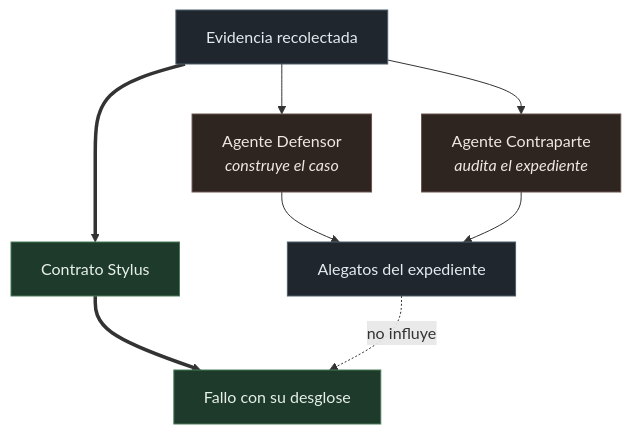
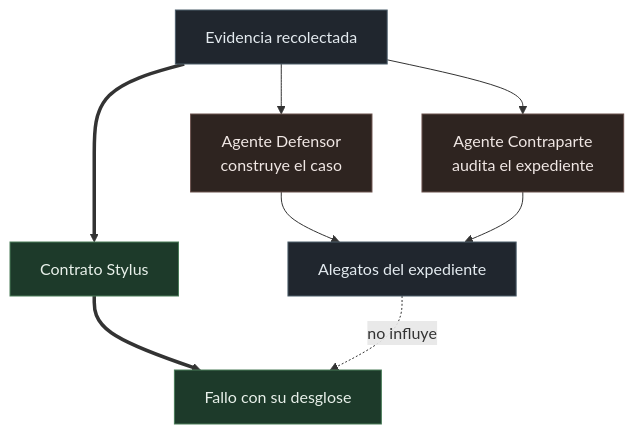
One commit to kasbsquall/remand changed the third of 5 diagrams in docs/ARCHITECTURE.md. Above: the diagram before and after it, drawn with Mermaid. The commit also changed other lines of this file, not shown here.

First line of the commit message:
fix(docs): saltos de linea en los diagramas

````diff
--- a/docs/ARCHITECTURE.md
+++ b/docs/ARCHITECTURE.md
@@ -137,21 +137,21 @@
 ```mermaid
 flowchart TB
     E["Evidencia recolectada"]
-    E --> DEF["Agente Defensor<br/><i>construye el caso</i>"]
-    E --> CON["Agente Contraparte<br/><i>audita el expediente</i>"]
+    E --> DEF["Agente Defensor<br>construye el caso"]
+    E --> CON["Agente Contraparte<br>audita el expediente"]
 
     DEF --> EXP["Alegatos del expediente"]
     CON --> EXP
 
     E ==> SC["Contrato Stylus"]
     SC ==> F["Fallo con su desglose"]
 
     EXP -.->|"no influye"| F
 
     classDef agent fill:#2e2420,stroke:#6b524d,color:#f0e7e4
     classDef chain fill:#1d3a2a,stroke:#4a7c59,color:#e8f0ea
     classDef data fill:#20262e,stroke:#4d5f6b,color:#e4ebf0
     class DEF,CON agent
     class SC,F chain
     class E,EXP data
 ```
````
